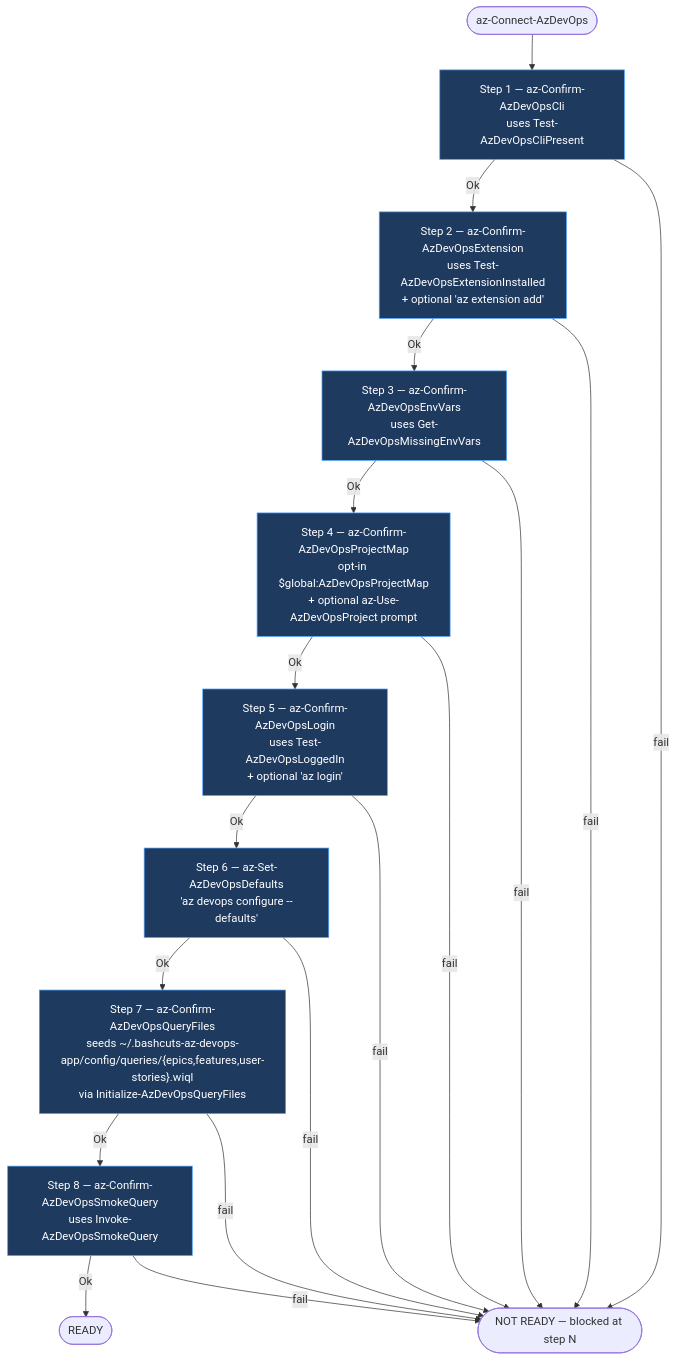
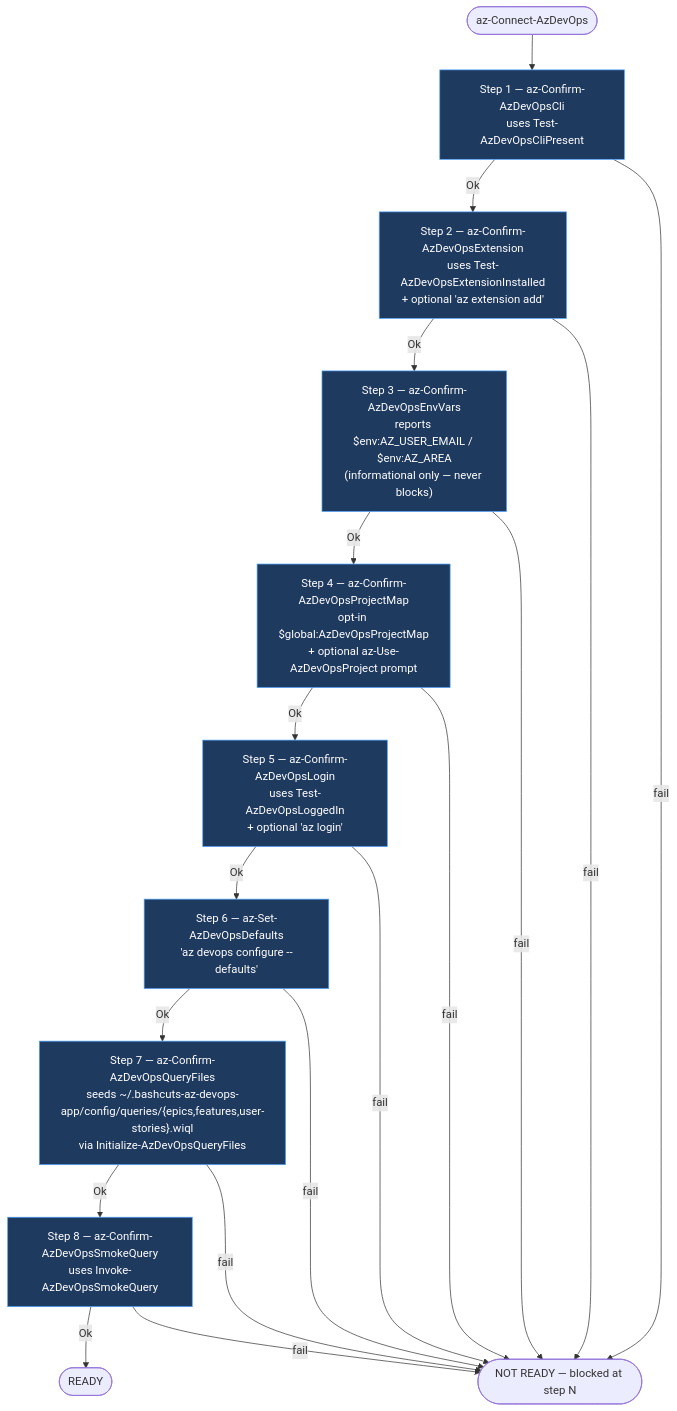
One commit to jdschleicher/bashcuts changed the second of 12 diagrams in docs/azure-devops-diagrams.md. Above: the diagram before and after it, drawn with Mermaid. The commit also changed other lines of this file, not shown here.

First line of the commit message:
docs(azdevops-diagrams): sync diagram doc with current source surface

````diff
--- a/docs/azure-devops-diagrams.md
+++ b/docs/azure-devops-diagrams.md
@@ -166,37 +166,37 @@
 ```mermaid
 flowchart TD
     Start([az-Connect-AzDevOps]) --> S1
 
     S1["Step 1 — az-Confirm-AzDevOpsCli<br/>uses Test-AzDevOpsCliPresent"]
     S2["Step 2 — az-Confirm-AzDevOpsExtension<br/>uses Test-AzDevOpsExtensionInstalled<br/>+ optional 'az extension add'"]
-    S3["Step 3 — az-Confirm-AzDevOpsEnvVars<br/>uses Get-AzDevOpsMissingEnvVars"]
+    S3["Step 3 — az-Confirm-AzDevOpsEnvVars<br/>reports $env:AZ_USER_EMAIL / $env:AZ_AREA<br/>(informational only — never blocks)"]
     S4["Step 4 — az-Confirm-AzDevOpsProjectMap<br/>opt-in $global:AzDevOpsProjectMap<br/>+ optional az-Use-AzDevOpsProject prompt"]
     S5["Step 5 — az-Confirm-AzDevOpsLogin<br/>uses Test-AzDevOpsLoggedIn<br/>+ optional 'az login'"]
     S6["Step 6 — az-Set-AzDevOpsDefaults<br/>'az devops configure --defaults'"]
     S7["Step 7 — az-Confirm-AzDevOpsQueryFiles<br/>seeds ~/.bashcuts-az-devops-app/config/queries/{epics,features,user-stories}.wiql<br/>via Initialize-AzDevOpsQueryFiles"]
     S8["Step 8 — az-Confirm-AzDevOpsSmokeQuery<br/>uses Invoke-AzDevOpsSmokeQuery"]
 
     Ready([READY])
     NotReady([NOT READY — blocked at step N])
 
     S1 -- Ok --> S2
     S2 -- Ok --> S3
     S3 -- Ok --> S4
     S4 -- Ok --> S5
     S5 -- Ok --> S6
     S6 -- Ok --> S7
     S7 -- Ok --> S8
     S8 -- Ok --> Ready
 
     S1 -- fail --> NotReady
     S2 -- fail --> NotReady
     S3 -- fail --> NotReady
     S4 -- fail --> NotReady
     S5 -- fail --> NotReady
     S6 -- fail --> NotReady
     S7 -- fail --> NotReady
     S8 -- fail --> NotReady
 
     classDef step fill:#1f3a5f,stroke:#4ea3ff,color:#fff
     class S1,S2,S3,S4,S5,S6,S7,S8 step
 ```
````
